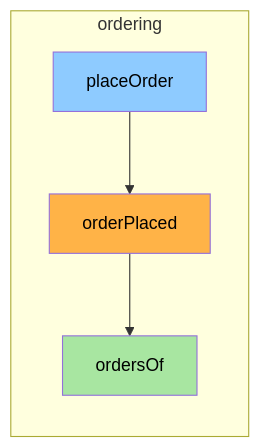
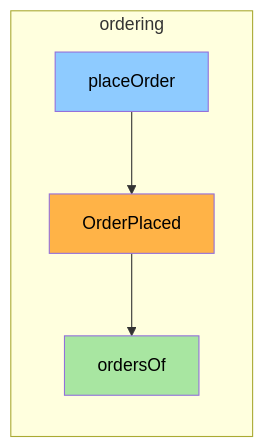
The seventh of 9 diagrams in README.ja.md (mew-ton/hozo), drawn with Mermaid before and after one commit. The commit also changed other lines of this file and 3 other files, not shown here.

````diff
--- a/README.ja.md
+++ b/README.ja.md
@@ -303,9 +303,9 @@
 ```mermaid
 flowchart LR
   subgraph ordering
-    c[placeOrder]:::command --> e[orderPlaced]:::event --> r[ordersOf]:::read
+    c[placeOrder]:::command --> e[OrderPlaced]:::event --> r[ordersOf]:::read
   end
   classDef command fill:#8ecbff,color:#000
   classDef event fill:#ffb347,color:#000
   classDef read fill:#a8e6a1,color:#000
 ```
````
